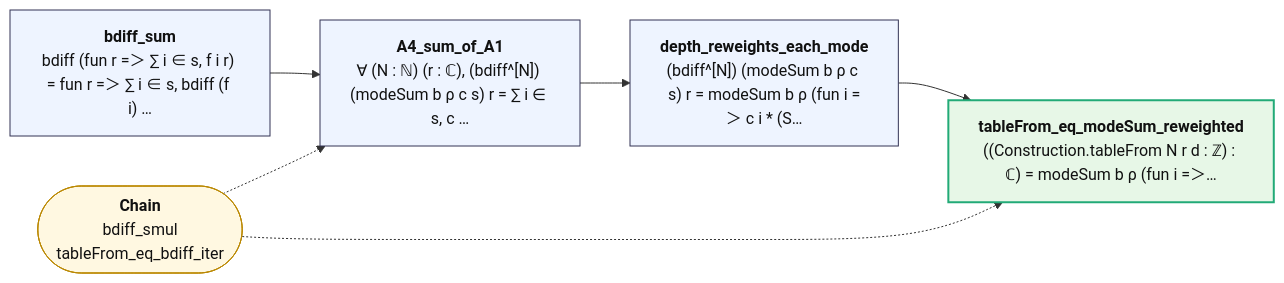
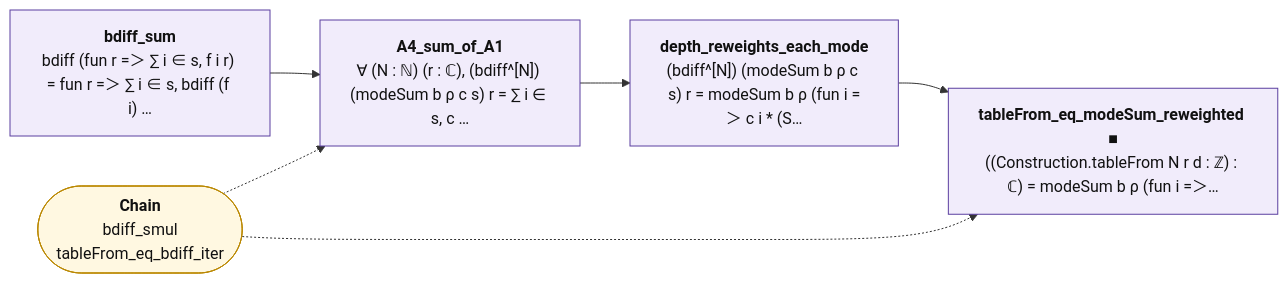
The diagram in map/lean/Superposition.md (juliansambranojr/Primebeat_081426), drawn with Mermaid before and after one commit. The commit also changed other lines of this file and 398 other files, not shown here.

First line of the commit message:
map: the table first. Three layers from Lean's record of each proof and everything beneath it: counting (integers only), shape (analysis, no zeta), reads zeta; map/TABLE.md lists every counting theorem; the Riemann hypothesis is drawn as one reading at the edge

````diff
--- a/map/lean/Superposition.md
+++ b/map/lean/Superposition.md
@@ -12,18 +12,21 @@
 ```mermaid
 flowchart LR
-  n0["<b>bdiff_sum</b><br/>bdiff (fun r =＞ ∑ i ∈ s, f i r) = fun r =＞ ∑ i ∈ s, bdiff (f i) …"]:::thm
-  n1["<b>A4_sum_of_A1</b><br/>∀ (N : ℕ) (r : ℂ), (bdiff^[N]) (modeSum b ρ c s) r = ∑ i ∈ s, c …"]:::thm
-  n2["<b>depth_reweights_each_mode</b><br/>(bdiff^[N]) (modeSum b ρ c s) r = modeSum b ρ (fun i =＞ c i * (S…"]:::thm
-  n3["<b>tableFrom_eq_modeSum_reweighted</b><br/>((Construction.tableFrom N r d : ℤ) : ℂ) = modeSum b ρ (fun i =＞…"]:::end_
+  n0["<b>bdiff_sum</b><br/>bdiff (fun r =＞ ∑ i ∈ s, f i r) = fun r =＞ ∑ i ∈ s, bdiff (f i) …"]:::shp
+  n1["<b>A4_sum_of_A1</b><br/>∀ (N : ℕ) (r : ℂ), (bdiff^[N]) (modeSum b ρ c s) r = ∑ i ∈ s, c …"]:::shp
+  n2["<b>depth_reweights_each_mode</b><br/>(bdiff^[N]) (modeSum b ρ c s) r = modeSum b ρ (fun i =＞ c i * (S…"]:::shp
+  n3["<b>tableFrom_eq_modeSum_reweighted ■</b><br/>((Construction.tableFrom N r d : ℤ) : ℂ) = modeSum b ρ (fun i =＞…"]:::shp
   x0(["<b>Chain</b><br/>bdiff_smul<br/>tableFrom_eq_bdiff_iter"]):::ext
   n0 --> n1
   n1 --> n2
   n2 --> n3
   x0 -.-> n1
   x0 -.-> n3
+  classDef cnt fill:#dff5ec,stroke:#17694a,color:#111
+  classDef shp fill:#f1ecfb,stroke:#5b3fa0,color:#111
+  classDef rh fill:#ffe5e5,stroke:#c22,color:#111,stroke-width:2px
   classDef thm fill:#eef4ff,stroke:#335,color:#111
   classDef end_ fill:#e7f7e7,stroke:#2a7,color:#111,stroke-width:2px
   classDef lone fill:#fff,stroke:#999,color:#111,stroke-dasharray:4 3
   classDef bad fill:#ffe5e5,stroke:#c22,color:#111,stroke-width:2px
   classDef ext fill:#fff8e1,stroke:#b80,color:#111
 ```
````
